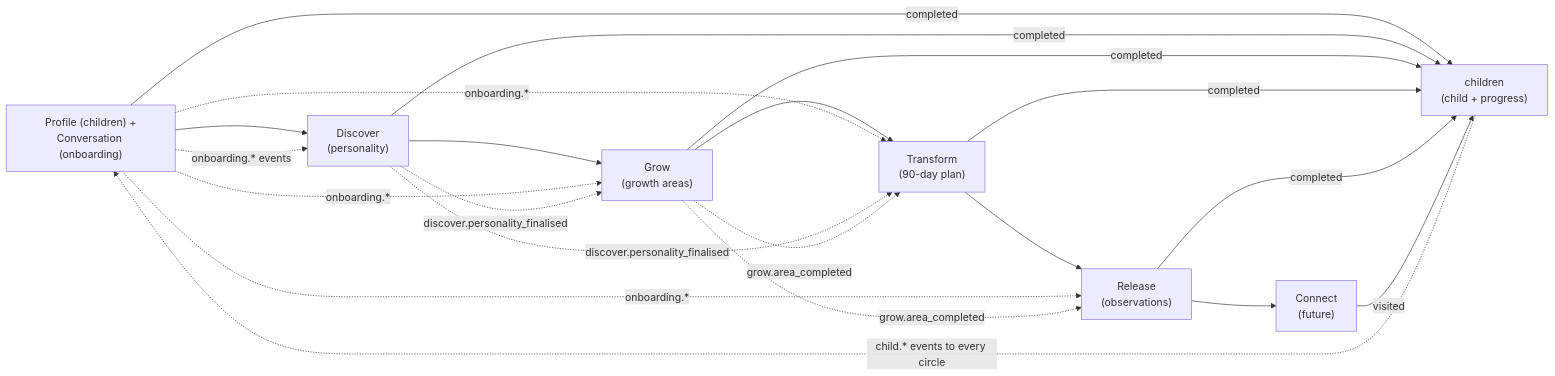
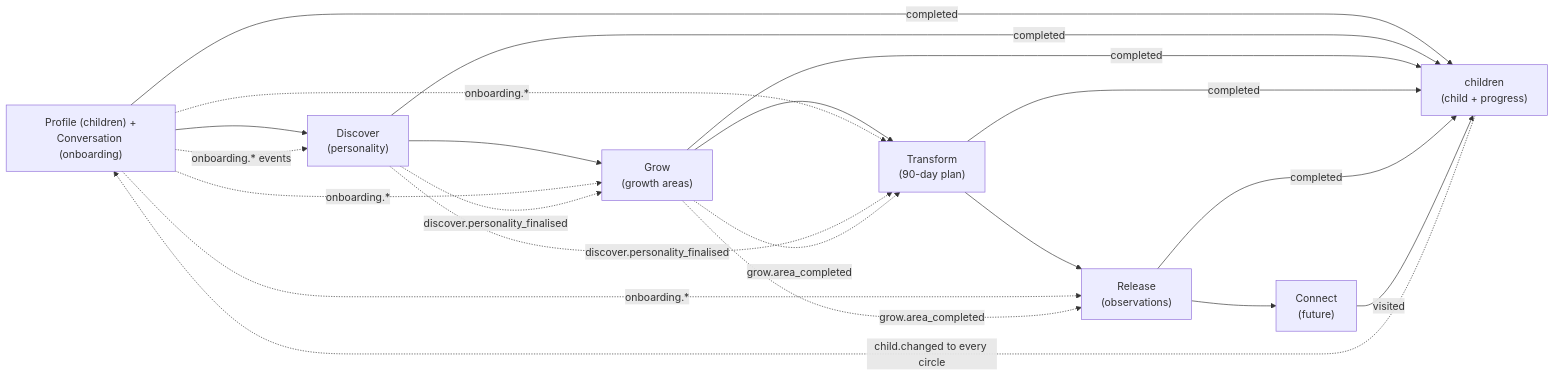
Before and after one commit to pkprincekumar7/buddy-app: the fourth of 6 diagrams in docs/auth-users-split.md, drawn with Mermaid. The commit also changed other lines of this file and 1 other file, not shown here.

````diff
--- a/docs/auth-users-split.md
+++ b/docs/auth-users-split.md
@@ -648,26 +672,26 @@
 ```mermaid
 flowchart LR
     P["Profile (children) +<br/>Conversation (onboarding)"] --> D["Discover<br/>(personality)"]
     D --> G["Grow<br/>(growth areas)"]
     G --> T["Transform<br/>(90-day plan)"]
     T --> RL["Release<br/>(observations)"]
     RL --> C["Connect<br/>(future)"]
 
     P -. "onboarding.* events" .-> D
     P -. "onboarding.*" .-> G
     P -. "onboarding.*" .-> T
     P -. "onboarding.*" .-> RL
     D -. "discover.personality_finalised" .-> G
     D -. "discover.personality_finalised" .-> T
     G -. "grow.area_completed" .-> T
     G -. "grow.area_completed" .-> RL
 
     CH["children<br/>(child + progress)"]
     P -- "completed" --> CH
     D -- "completed" --> CH
     G -- "completed" --> CH
     T -- "completed" --> CH
     RL -- "completed" --> CH
     C -- "visited" --> CH
-    CH -. "child.* events to every circle" .-> P
+    CH -. "child.changed to every circle" .-> P
 ```
````
